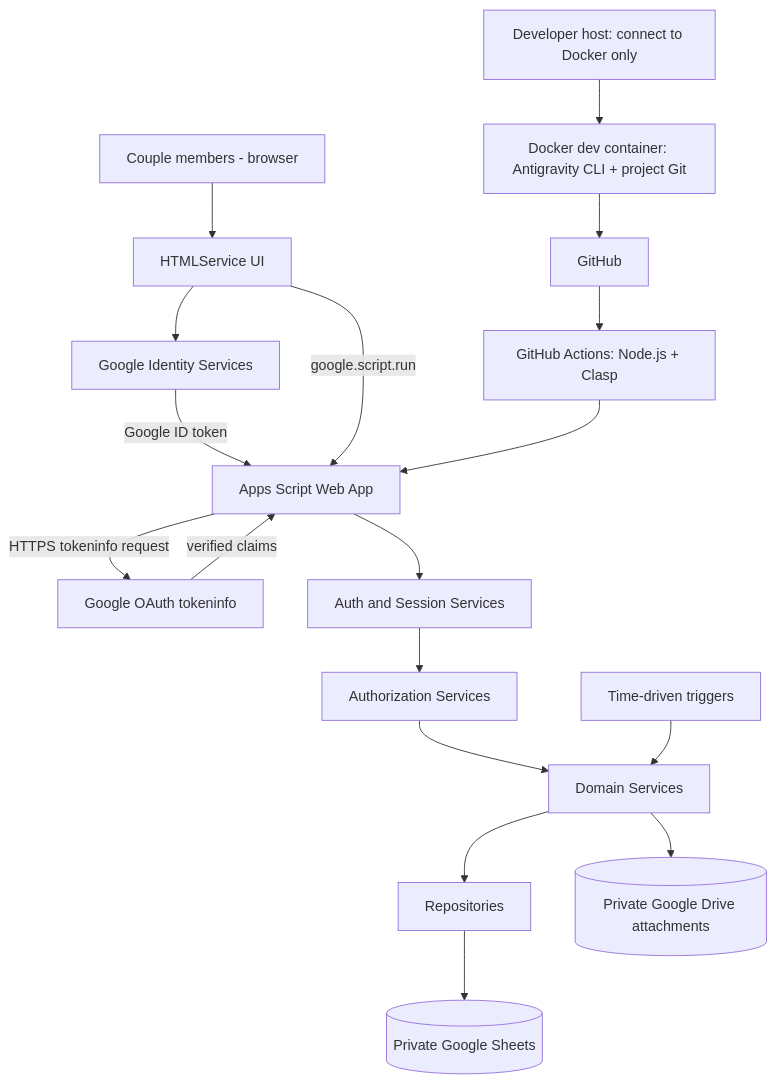
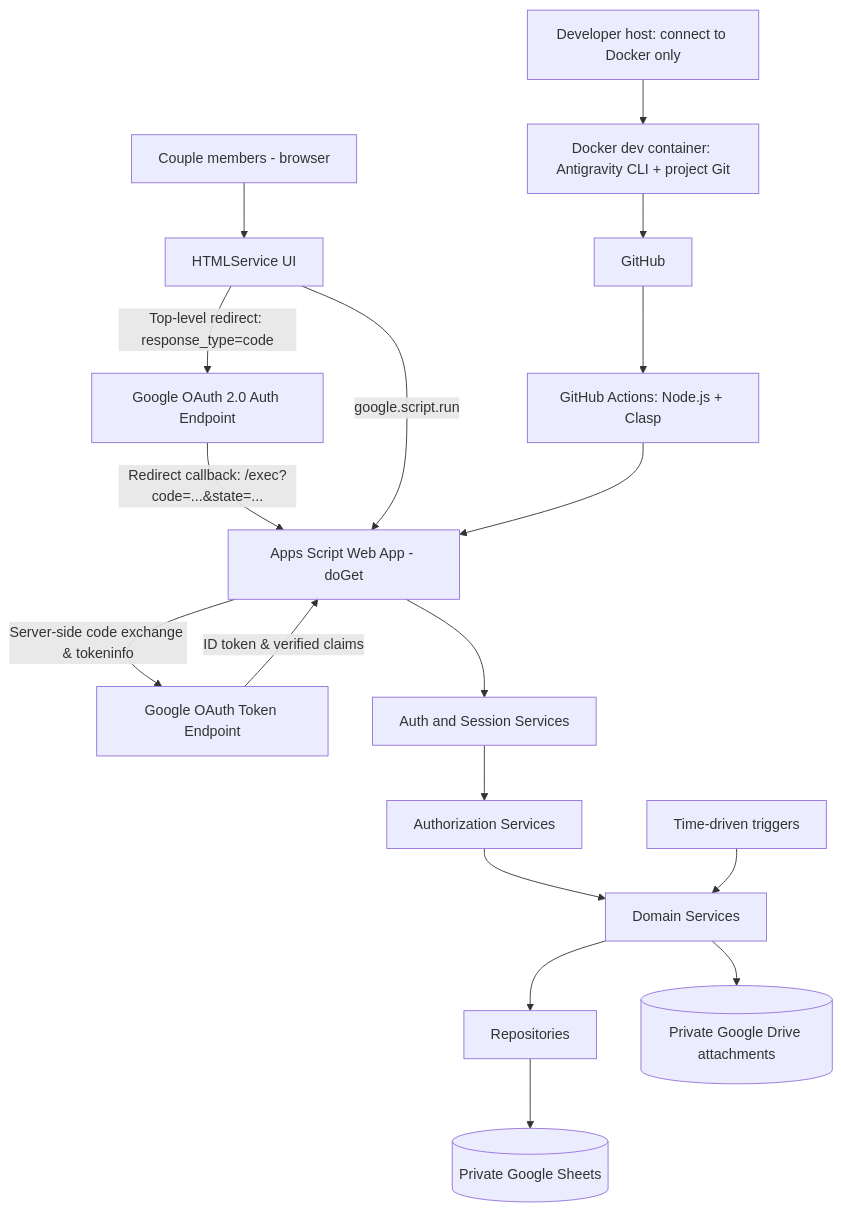
Before and after one commit to yuswaldi/gas-finance-v2: the diagram in architecture.md, drawn with Mermaid. The commit also changed other lines of this file and 6 other files, not shown here.

Commit message:
feat(auth): implement Google OAuth 2.0 redirect flow proof of concept (FFM-006)

````diff
--- a/architecture.md
+++ b/architecture.md
@@ -30,20 +31,20 @@
 ```mermaid
 flowchart TD
     U[Couple members - browser] --> UI[HTMLService UI]
-    UI --> GIS[Google Identity Services]
-    GIS -->|Google ID token| GAS[Apps Script Web App]
+    UI -->|Top-level redirect: response_type=code| GOOGLE_AUTH[Google OAuth 2.0 Auth Endpoint]
+    GOOGLE_AUTH -->|Redirect callback: /exec?code=...&state=...| GAS[Apps Script Web App - doGet]
     UI -->|google.script.run| GAS
-    GAS -->|HTTPS tokeninfo request| GOOGLE[Google OAuth tokeninfo]
-    GOOGLE -->|verified claims| GAS
+    GAS -->|Server-side code exchange & tokeninfo| GOOGLE_TOKEN[Google OAuth Token Endpoint]
+    GOOGLE_TOKEN -->|ID token & verified claims| GAS
     GAS --> AUTH[Auth and Session Services]
     AUTH --> ACL[Authorization Services]
     ACL --> DOMAIN[Domain Services]
     DOMAIN --> REPO[Repositories]
     REPO --> SHEETS[(Private Google Sheets)]
     DOMAIN --> DRIVE[(Private Google Drive attachments)]
     JOBS[Time-driven triggers] --> DOMAIN
     HOST[Developer host: connect to Docker only] --> DOCKER[Docker dev container: Antigravity CLI + project Git]
     DOCKER --> GIT[GitHub]
     GIT --> CI[GitHub Actions: Node.js + Clasp]
     CI --> GAS
 ```
````
